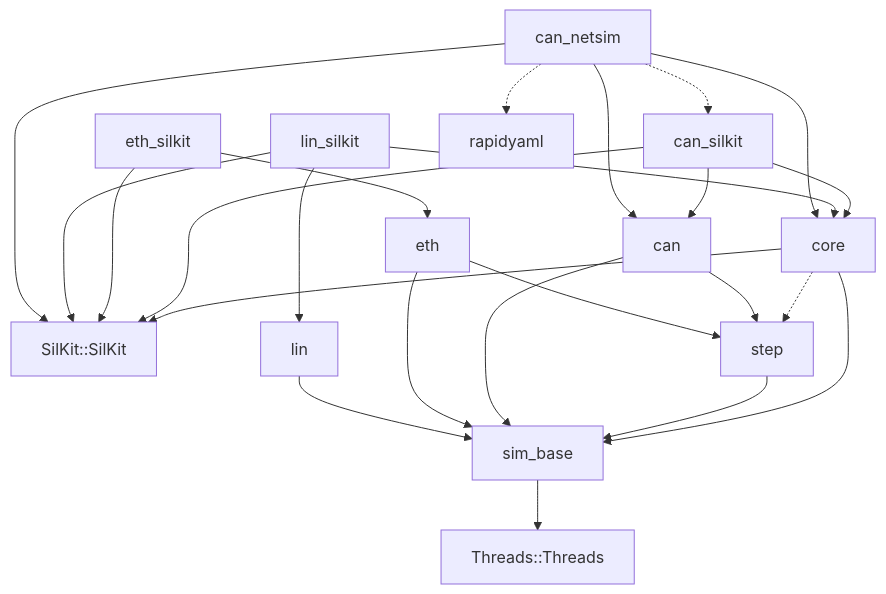
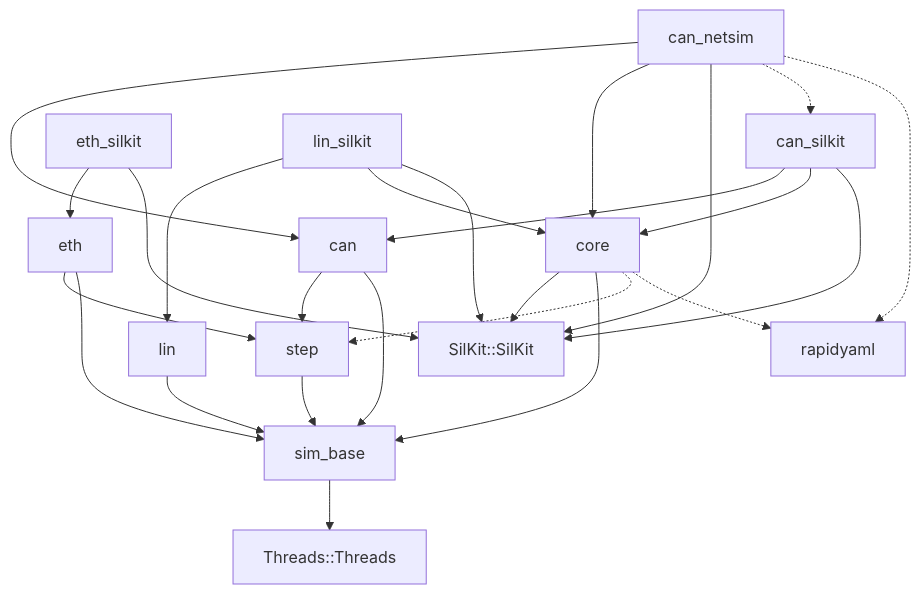
Before and after one commit to rahanahu/vehicle-sil: the second of 8 diagrams in docs/code-map.md, drawn with Mermaid. The commit also changed other lines of this file and 17 other files, not shown here.

````diff
--- a/docs/code-map.md
+++ b/docs/code-map.md
@@ -155,26 +155,27 @@
 ```mermaid
 flowchart TD
     sim_base --> Threads["Threads::Threads"]
     core --> SilKit["SilKit::SilKit"]
     core --> sim_base
     core -.-> step
     step --> sim_base
     can --> step
     can --> sim_base
     eth --> step
     eth --> sim_base
     lin --> sim_base
     can_silkit --> can
     can_silkit --> core
     can_silkit --> SilKit
     eth_silkit --> eth
     eth_silkit --> SilKit
     lin_silkit --> lin
     lin_silkit --> core
     lin_silkit --> SilKit
     can_netsim --> can
     can_netsim --> core
     can_netsim --> SilKit
     can_netsim -.-> can_silkit
     can_netsim -.-> rapidyaml
+    core -.-> rapidyaml
 ```
````
